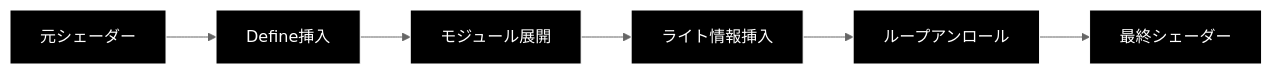
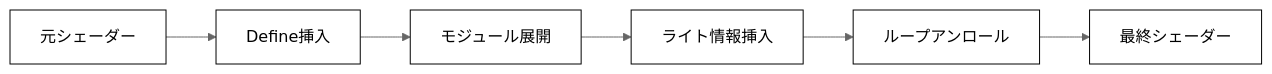
The third of 3 diagrams in docs/core/render-pipeline.md (ukonpower/OREngine), drawn with Mermaid (neutral theme) before and after one commit. The commit also changed other lines of this file and 6 other files, not shown here.

````diff
--- a/docs/core/render-pipeline.md
+++ b/docs/core/render-pipeline.md
@@ -300,15 +300,15 @@
 ```mermaid
 graph LR
     A[元シェーダー] --> B[Define挿入]
     B --> C[モジュール展開]
     C --> D[ライト情報挿入]
     D --> E[ループアンロール]
     E --> F[最終シェーダー]
 
-    style A fill:#000,stroke:#fff,color:#fff
-    style B fill:#000,stroke:#fff,color:#fff
-    style C fill:#000,stroke:#fff,color:#fff
-    style D fill:#000,stroke:#fff,color:#fff
-    style E fill:#000,stroke:#fff,color:#fff
-    style F fill:#000,stroke:#fff,color:#fff
+    style A fill:#fff,stroke:#000,color:#000
+    style B fill:#fff,stroke:#000,color:#000
+    style C fill:#fff,stroke:#000,color:#000
+    style D fill:#fff,stroke:#000,color:#000
+    style E fill:#fff,stroke:#000,color:#000
+    style F fill:#fff,stroke:#000,color:#000
 ```
````
